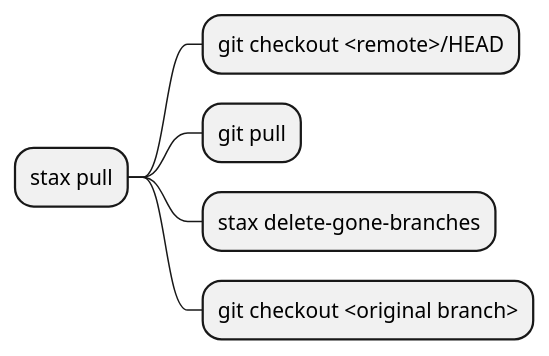
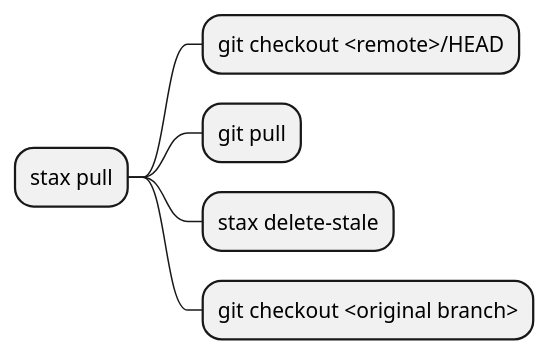
The diagram in diagrams/pull.puml (TarasMazepa/stax), drawn with PlantUML before and after one commit. The commit also changed 9 other files, not shown here.

First line of the commit message:
Rename `stax delete` to `stax delete-stale` (#771)

```diff
--- a/diagrams/pull.puml
+++ b/diagrams/pull.puml
@@ -1,7 +1,7 @@
 @startmindmap
 + stax pull
 ++ git checkout <remote>/HEAD
 ++ git pull
-++ stax delete-gone-branches
+++ stax delete-stale
 ++ git checkout <original branch>
 @endmindmap
```
